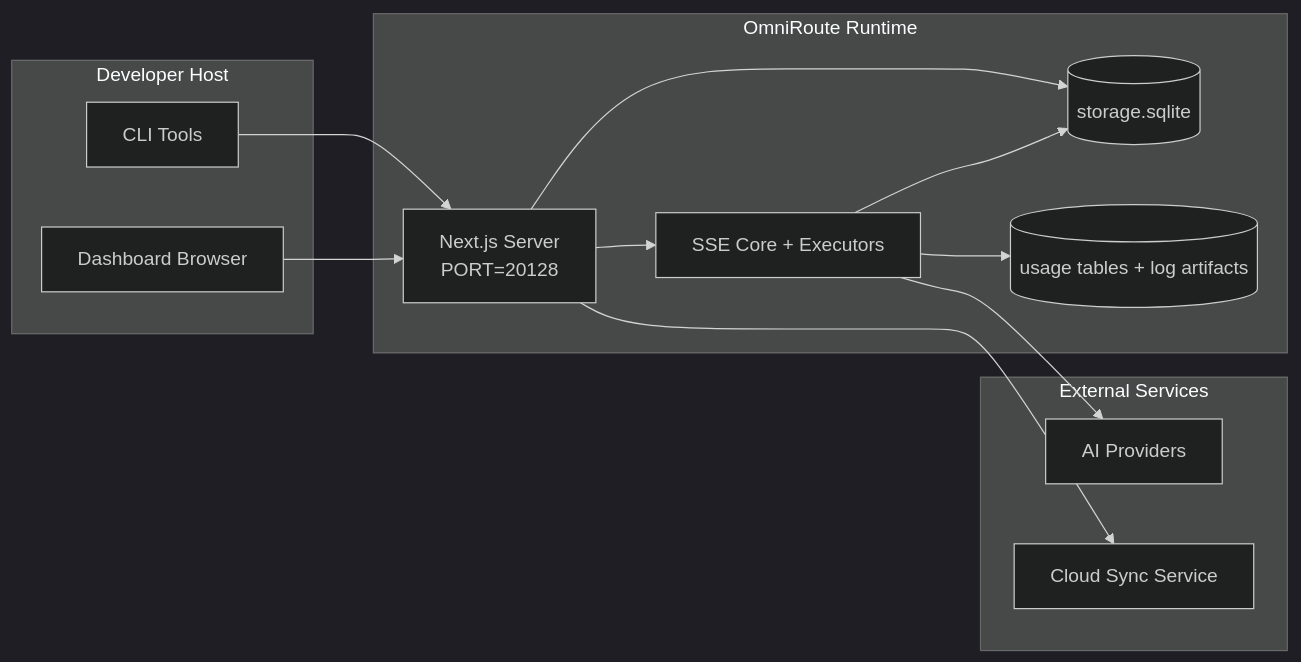
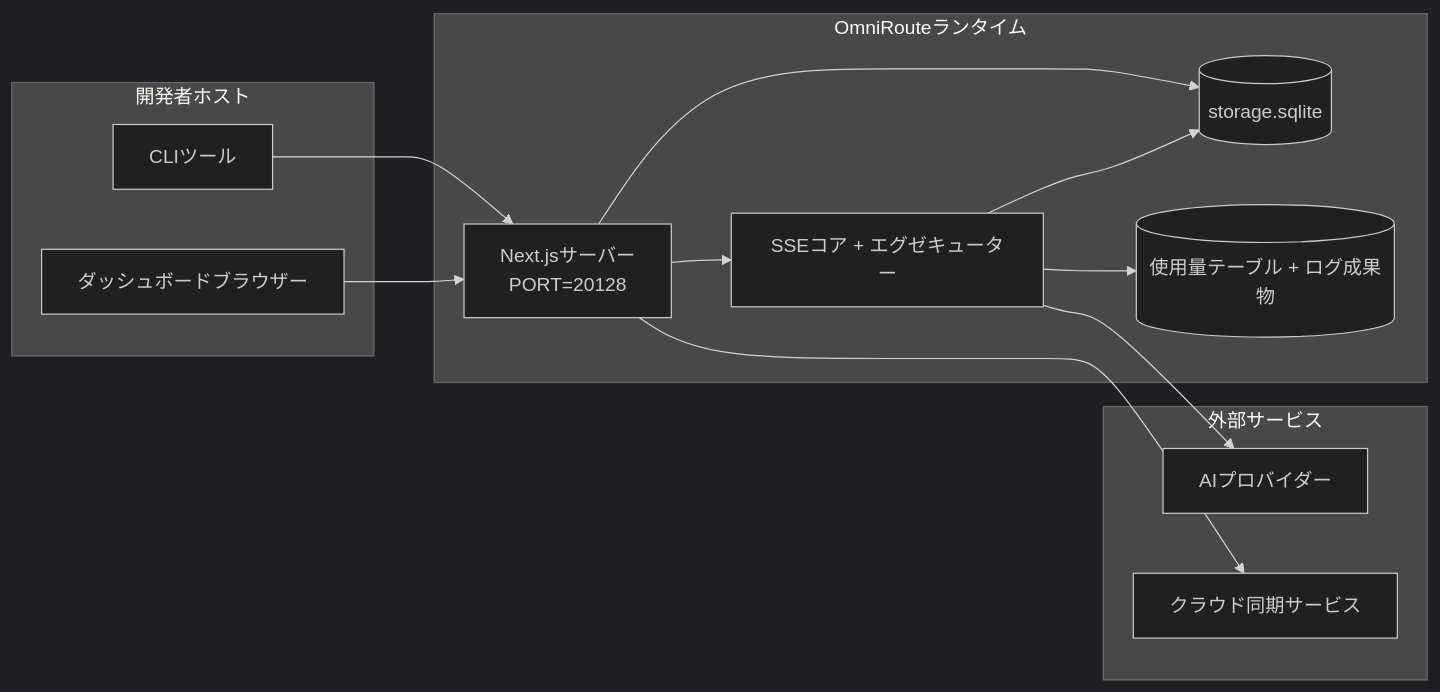
The seventh of 7 diagrams in docs/i18n/ja/docs/architecture/ARCHITECTURE.md (Abhijeet1520/OmniRoute), drawn with Mermaid (dark theme) before and after one commit. The commit also changed other lines of this file and 1154 other files, not shown here.

````diff
--- a/docs/i18n/ja/docs/architecture/ARCHITECTURE.md
+++ b/docs/i18n/ja/docs/architecture/ARCHITECTURE.md
@@ -583,28 +780,28 @@
 ```mermaid
 flowchart LR
-    subgraph LocalHost[Developer Host]
-        CLI[CLI Tools]
-        Browser[Dashboard Browser]
+    subgraph LocalHost[開発者ホスト]
+        CLI[CLIツール]
+        Browser[ダッシュボードブラウザー]
     end
 
-    subgraph ContainerOrProcess[OmniRoute Runtime]
-        Next[Next.js Server\nPORT=20128]
-        Core[SSE Core + Executors]
+    subgraph ContainerOrProcess[OmniRouteランタイム]
+        Next[Next.jsサーバー\nPORT=20128]
+        Core[SSEコア + エグゼキューター]
         MainDB[(storage.sqlite)]
-        UsageDB[(usage tables + log artifacts)]
+        UsageDB[(使用量テーブル + ログ成果物)]
     end
 
-    subgraph External[External Services]
-        Providers[AI Providers]
-        SyncCloud[Cloud Sync Service]
+    subgraph External[外部サービス]
+        Providers[AIプロバイダー]
+        SyncCloud[クラウド同期サービス]
     end
 
     CLI --> Next
     Browser --> Next
     Next --> Core
     Next --> MainDB
     Core --> MainDB
     Core --> UsageDB
     Core --> Providers
     Next --> SyncCloud
 ```
````
